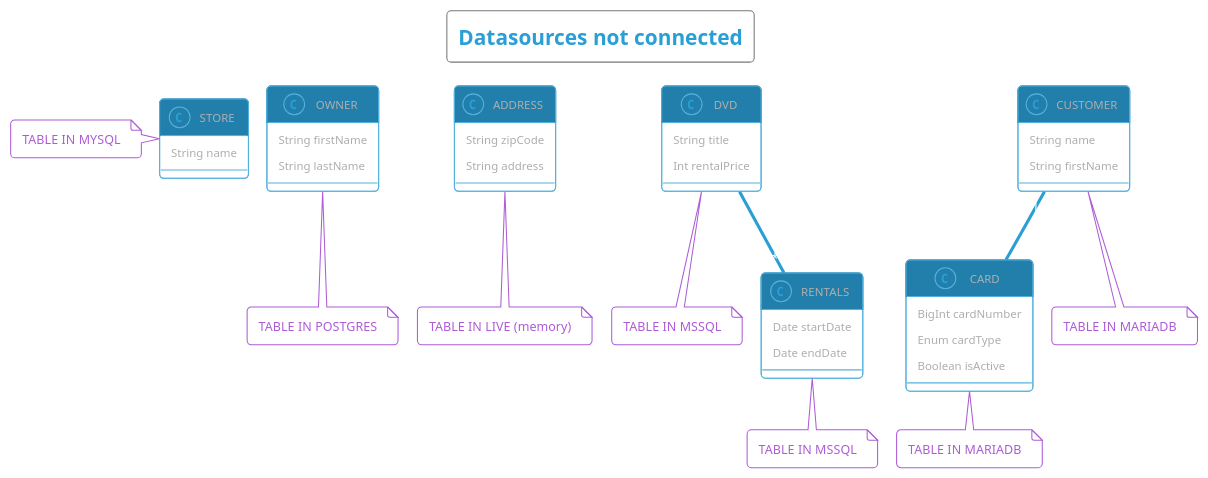
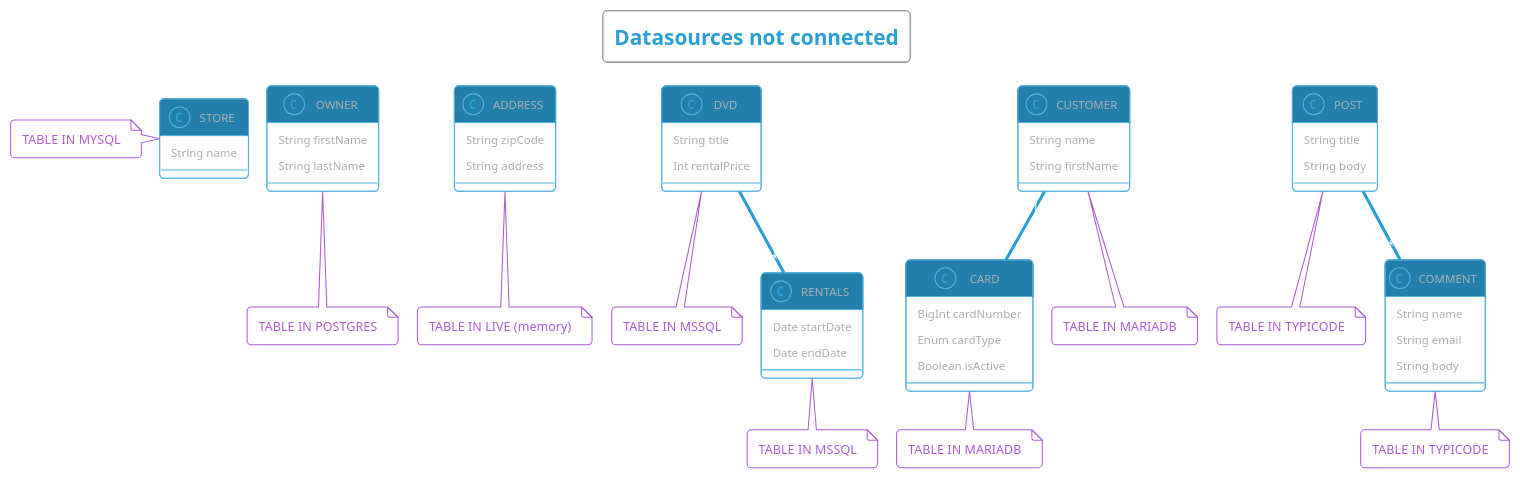
Before and after one commit to ForestAdmin/agent-nodejs: the diagram in packages/_example/datasources.puml, drawn with PlantUML. The commit also changed 1 other file, not shown here.

```diff
--- a/packages/_example/datasources.puml
+++ b/packages/_example/datasources.puml
@@ -1,57 +1,71 @@
 @startuml
 !pragma layout smetana
 !theme cyborg-outline
 
 title: Datasources not connected
 
 class STORE {
   String name
 }
 class STORE
 note left: TABLE IN MYSQL
 
 class OWNER {
   String firstName
   String lastName
 }
 class OWNER
 note bottom: TABLE IN POSTGRES
 
 class ADDRESS {
   String zipCode
   String address
 }
 class ADDRESS
 note bottom: TABLE IN LIVE (memory)
 
 class DVD {
   String title
   Int rentalPrice
 }
 class DVD
 note bottom: TABLE IN MSSQL
 
 class RENTALS {
   Date startDate
   Date endDate
 }
 class RENTALS
 note bottom: TABLE IN MSSQL
 
 class CARD {
   BigInt cardNumber
   Enum cardType
   Boolean isActive
 }
 note bottom: TABLE IN MARIADB
 
 class CUSTOMER {
   String name
   String firstName
 }
 note bottom: TABLE IN MARIADB
 
+class POST {
+  String title
+  String body
+}
+note bottom: TABLE IN TYPICODE
+
+class COMMENT {
+  String name
+  String email
+  String body
+}
+note bottom: TABLE IN TYPICODE
+
+POST "1" -- "*" COMMENT : has
 DVD "*" -- "*" RENTALS : has
 CUSTOMER "1" -- "*" CARD : has
 
 @enduml
```
